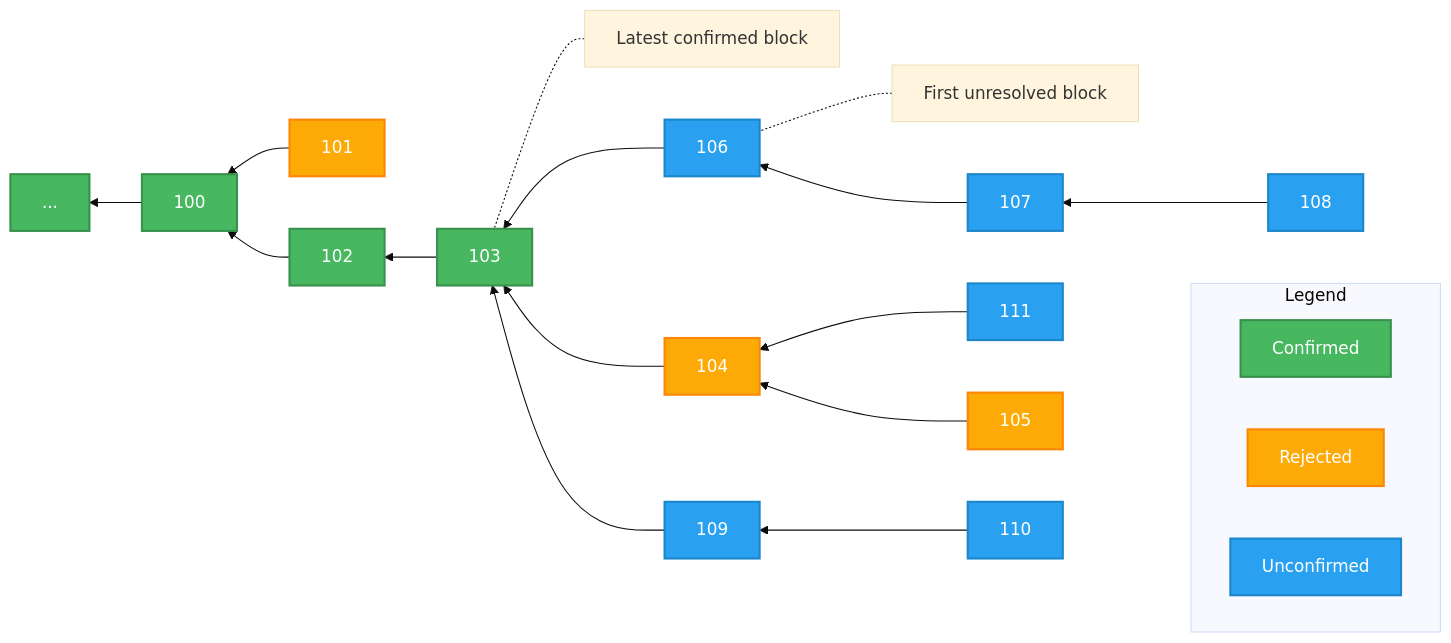
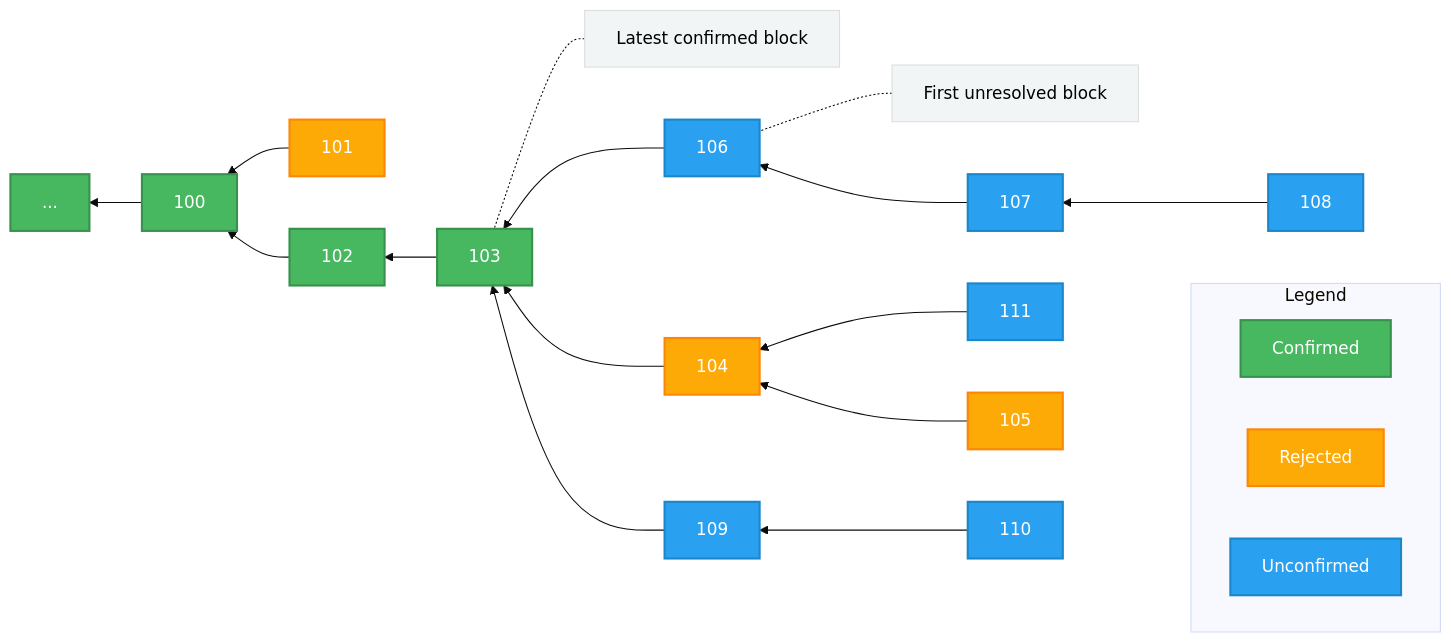
The third of 3 diagrams in arbitrum-docs/inside-arbitrum-nitro/inside-arbitrum-nitro.mdx (OffchainLabs/arbitrum-docs), drawn with Mermaid (base theme) before and after one commit. The commit also changed other lines of this file, not shown here.

````diff
--- a/arbitrum-docs/inside-arbitrum-nitro/inside-arbitrum-nitro.mdx
+++ b/arbitrum-docs/inside-arbitrum-nitro/inside-arbitrum-nitro.mdx
@@ -281,32 +282,35 @@
 ```mermaid
 graph RL
  subgraph Legend
     direction RL
     Confirmed
     Rejected
     Unconfirmed
   end
 
   f["First unresolved block"]
   l["Latest confirmed block"]
 
 
   l-.-103
   f-.-106
 
   108-->107-->106-->103
   111-->104
   101-->100
   105-->104-->103
   110-->109-->103-->102-->100-->x[...]
 
   classDef confirmed fill:#47b860,stroke:#37914c,stroke-width:2px,color:#fff
   class 100,102,103,x,Confirmed confirmed
 
   classDef rejected fill:#fdaa07,stroke:#fd8607,stroke-width:2px,color:#fff
   class 101,104,105,Rejected rejected
 
   classDef unconfirmed fill:#2aa1f0,stroke:#1c86ca,stroke-width:2px,color:#fff
   class 106,107,108,109,110,111,Unconfirmed unconfirmed
 
+  classDef note fill:#F1F5F6,stroke:#dbdede,stroke-width:1px,color:#000
+  class l,f note
+
 ```
````
